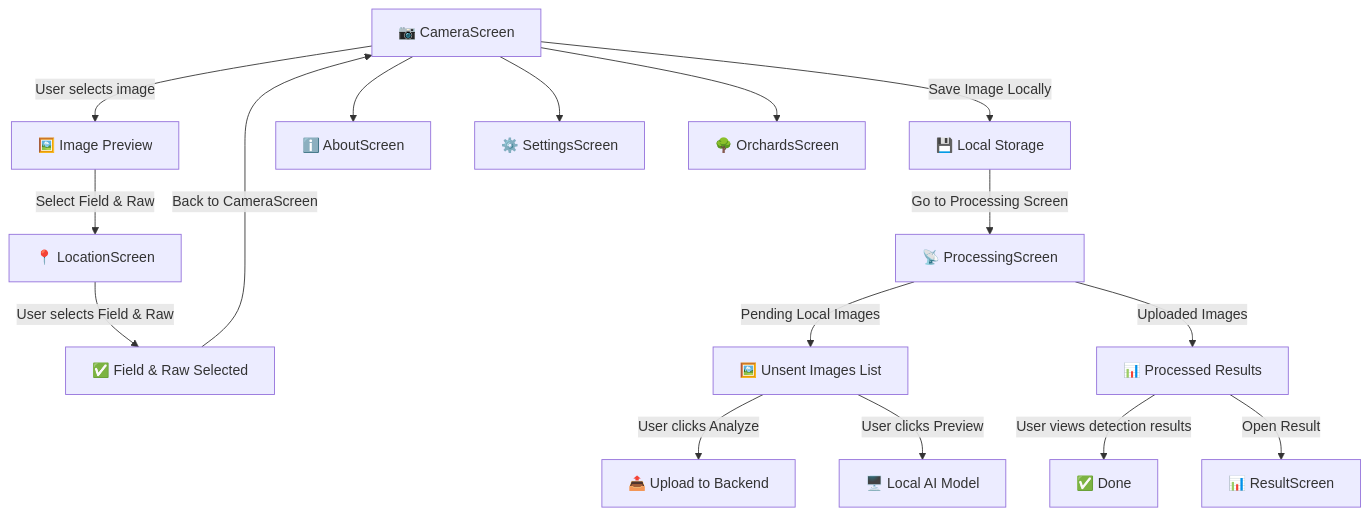
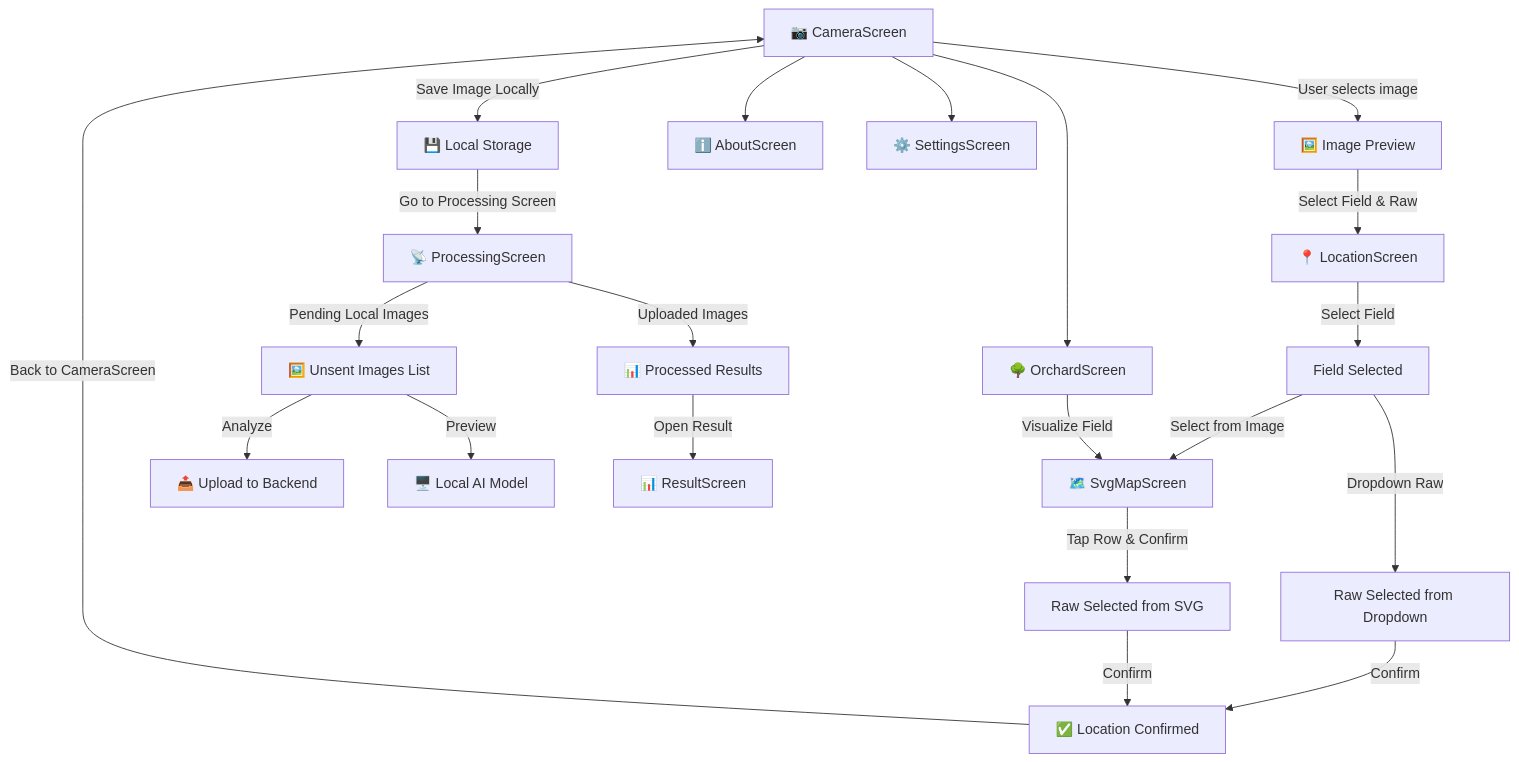
One commit to nathabee/PomoloBee changed the first of 2 diagrams in documentation/App_Specification.md. Above: the diagram before and after it, drawn with Mermaid. The commit also changed other lines of this file and 33 other files, not shown here.

````diff
--- a/documentation/App_Specification.md
+++ b/documentation/App_Specification.md
@@ -69,27 +76,28 @@
 ```mermaid
 graph TD  
   A[📷 CameraScreen] -->|User selects image| B[🖼️ Image Preview]
- 
   B -->|Select Field & Raw| L[📍 LocationScreen]
-  L -->|User selects Field & Raw| B1[✅ Field & Raw Selected]
+  L -->|Select Field| L1[Field Selected]
+  L1 -->|Dropdown Raw| L2[Raw Selected from Dropdown]
+  L1 -->|Select from Image| M[🗺️ SvgMapScreen]
+  M -->|Tap Row & Confirm| L3[Raw Selected from SVG]
+  L2 -->|Confirm| B1[✅ Location Confirmed]
+  L3 -->|Confirm| B1
+
   B1 -->|Back to CameraScreen| A
- 
   A -->|Save Image Locally| S[💾 Local Storage]
- 
+
   S -->|Go to Processing Screen| D[📡 ProcessingScreen]
-   
   D -->|Pending Local Images| U[🖼️ Unsent Images List]
-  U -->|User clicks Analyze| X[📤 Upload to Backend]
-  U -->|User clicks Preview| Y[🖥️ Local AI Model]
- 
+  U -->|Analyze| X[📤 Upload to Backend]
+  U -->|Preview| Y[🖥️ Local AI Model]
+
   D -->|Uploaded Images| E[📊 Processed Results]
-  E -->|User views detection results| F[✅ Done]
- 
   E -->|Open Result| R[📊 ResultScreen]
- 
+
   A --> G[ℹ️ AboutScreen]
- 
   A --> H1[⚙️ SettingsScreen]
- 
-  A --> H2[🌳 OrchardsScreen]
+  A --> H2[🌳 OrchardScreen]
+  H2 -->|Visualize Field| M
+
 ```
````
